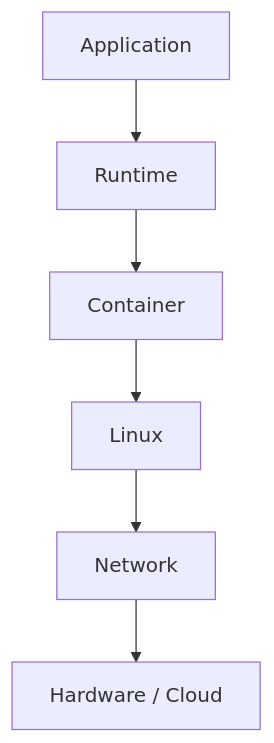
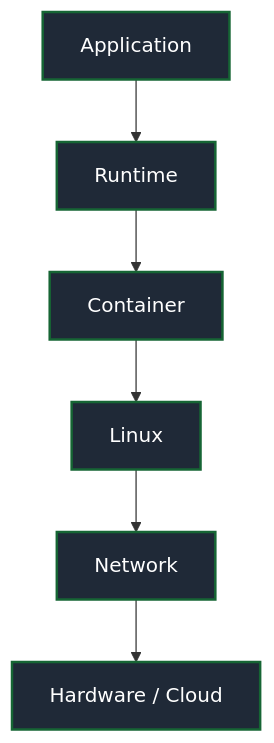
Before and after one commit to StackBlackzada/.github: the tenth of 16 diagrams in profile/README.md, drawn with Mermaid. The commit also changed other lines of this file, not shown here.

````diff
--- a/profile/README.md
+++ b/profile/README.md
@@ -289,4 +529,6 @@
 ```mermaid
 flowchart TD
     A["Application"] --> R["Runtime"] --> C["Container"] --> L["Linux"] --> N["Network"] --> H["Hardware / Cloud"]
+    classDef d fill:#1F2937,stroke:#166534,color:#fff,stroke-width:2px
+    class A,R,C,L,N,H d
 ```
````
